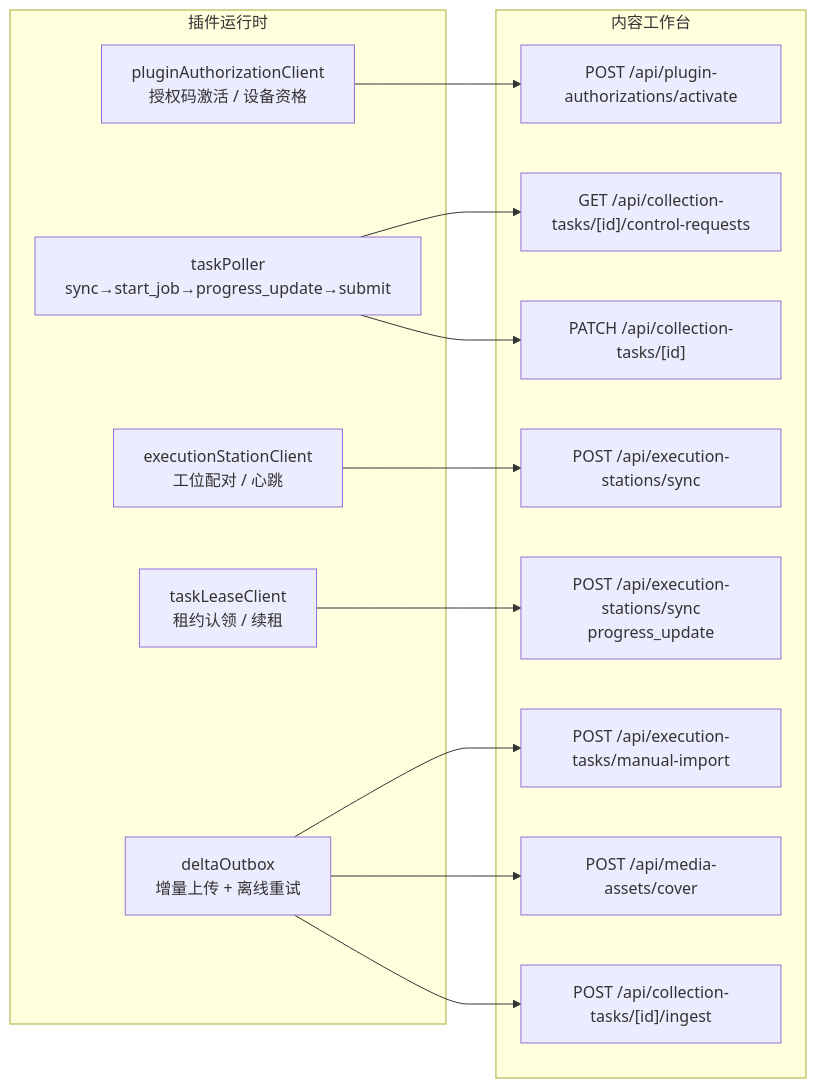
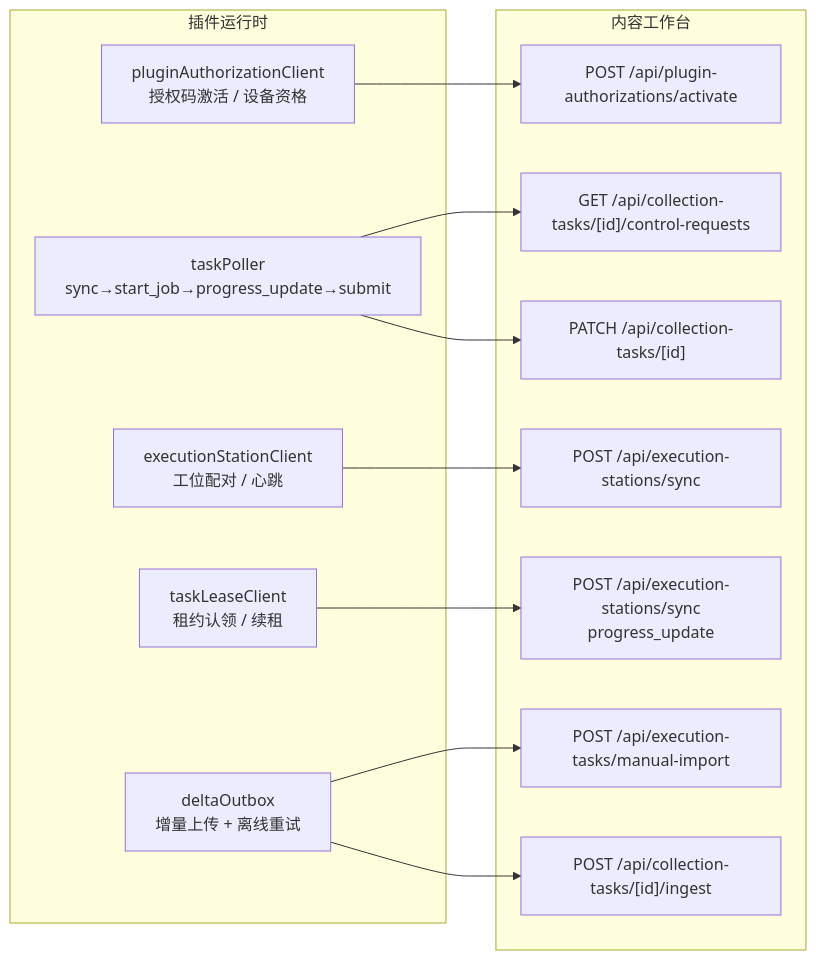
One commit to Himog0921/linggan-boom changed the fifth of 6 diagrams in docs/product/PRD.md. Above: the diagram before and after it, drawn with Mermaid. The commit also changed 18 other files, not shown here.

````diff
--- a/docs/product/PRD.md
+++ b/docs/product/PRD.md
@@ -653,29 +653,27 @@
 ```mermaid
 flowchart LR
     subgraph 内容工作台
         API1["POST /api/plugin-authorizations/activate"]
         API2["POST /api/execution-tasks/manual-import"]
-        API3["POST /api/media-assets/cover"]
         API4["POST /api/execution-stations/sync"]
         API5["POST /api/execution-stations/sync<br/>progress_update"]
         API6["POST /api/collection-tasks/[id]/ingest"]
         API7["GET /api/collection-tasks/[id]/control-requests"]
         API8["PATCH /api/collection-tasks/[id]"]
     end
     subgraph 插件运行时
         AUTH["pluginAuthorizationClient<br/>授权码激活 / 设备资格"]
         POLL["taskPoller<br/>sync→start_job→progress_update→submit"]
         STN["executionStationClient<br/>工位配对 / 心跳"]
         LEASE["taskLeaseClient<br/>租约认领 / 续租"]
         OUTBOX["deltaOutbox<br/>增量上传 + 离线重试"]
     end
 
     AUTH --> API1
     OUTBOX --> API2
-    OUTBOX --> API3
     STN --> API4
     LEASE --> API5
     OUTBOX --> API6
     POLL --> API7
     POLL --> API8
 ```
````
